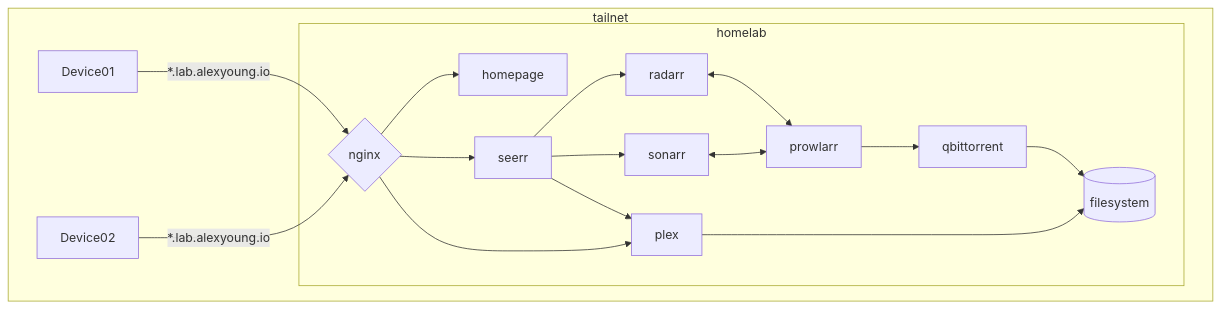
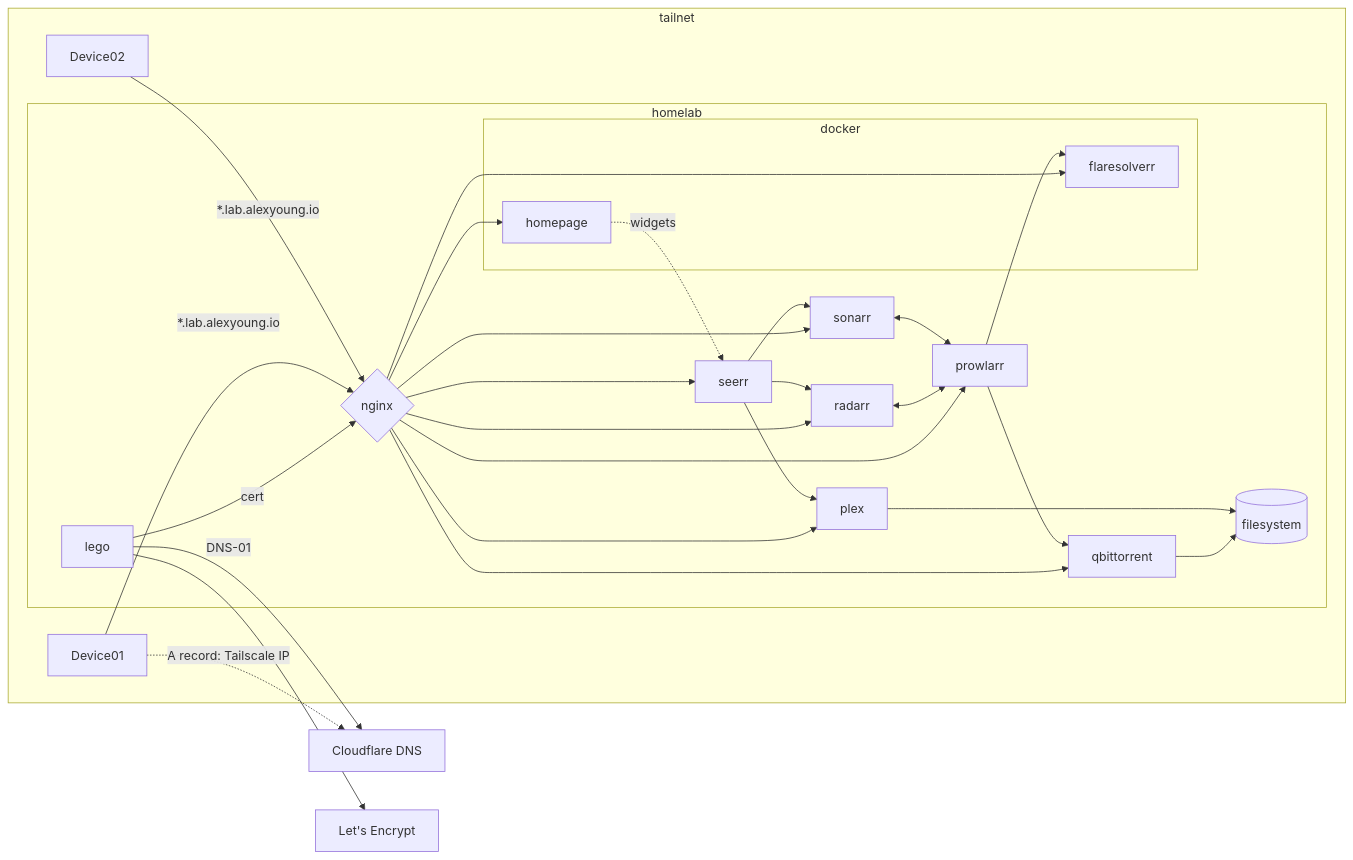
One commit to alexpyoung/homelab changed the diagram in README.md. Above: the diagram before and after it, drawn with Mermaid.

Commit message:
doc(README): architecture diagram with TLS, DNS, Docker and every vhost

````diff
--- a/README.md
+++ b/README.md
@@ -54,22 +54,48 @@
 ```mermaid
-flowchart
+flowchart LR
+    cf[Cloudflare DNS]
+    le[Let's Encrypt]
     subgraph tailnet
+        Device01
+        Device02
         subgraph homelab
             nginx{nginx}
+            lego
+            subgraph docker
+                homepage
+                flaresolverr
+            end
+            plex
+            seerr
+            radarr
+            sonarr
+            prowlarr
+            qbittorrent
+            fs[(filesystem)]
             nginx-->homepage
             nginx-->seerr
             nginx-->plex
+            nginx-->radarr
+            nginx-->sonarr
+            nginx-->prowlarr
+            nginx-->qbittorrent
+            nginx-->flaresolverr
+            homepage-."widgets".->seerr
             seerr-->radarr
             seerr-->sonarr
             seerr-->plex
             radarr<-->prowlarr
             sonarr<-->prowlarr
+            prowlarr-->flaresolverr
             prowlarr-->qbittorrent
-            fs[(filesystem)]
             qbittorrent-->fs
             plex-->fs
+            lego--"cert"-->nginx
         end
-        Device01--"*.lab.alexyoung.io"-->nginx
-        Device02--"*.lab.alexyoung.io"-->nginx
     end
+    Device01--"*.lab.alexyoung.io"-->nginx
+    Device02--"*.lab.alexyoung.io"-->nginx
+    Device01-."A record: Tailscale IP".->cf
+    lego--"DNS-01"-->cf
+    lego-->le
 ```
````
